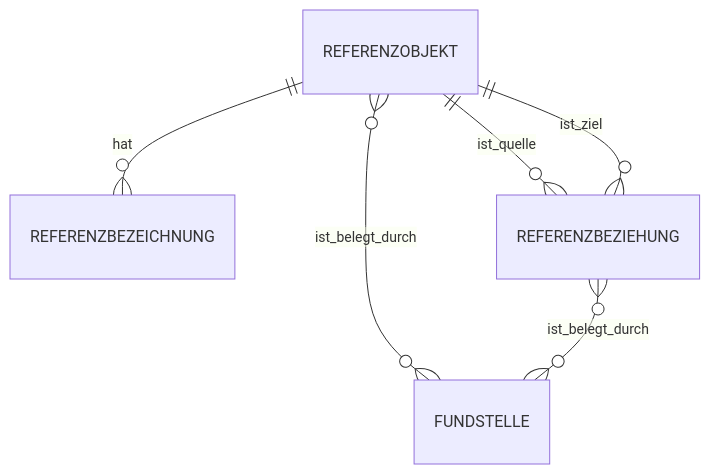
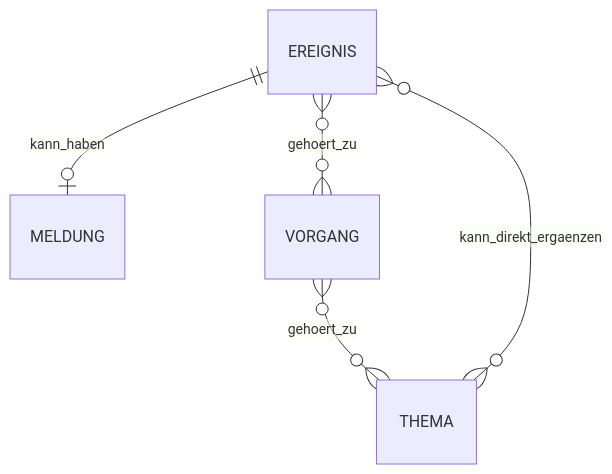
One commit to PustefixReisen/fib-echtsystem changed the first of 2 diagrams in docs/Datenmodell.md. Above: the diagram before and after it, drawn with Mermaid. The commit also changed other lines of this file, not shown here.

````diff
--- a/docs/Datenmodell.md
+++ b/docs/Datenmodell.md
@@ -749,8 +63,7 @@
 ```mermaid
 erDiagram
-    REFERENZOBJEKT ||--o{ REFERENZBEZEICHNUNG : hat
-    REFERENZOBJEKT ||--o{ REFERENZBEZIEHUNG : ist_quelle
-    REFERENZOBJEKT ||--o{ REFERENZBEZIEHUNG : ist_ziel
-    REFERENZOBJEKT }o--o{ FUNDSTELLE : ist_belegt_durch
-    REFERENZBEZIEHUNG }o--o{ FUNDSTELLE : ist_belegt_durch
+    EREIGNIS ||--o| MELDUNG : kann_haben
+    EREIGNIS }o--o{ VORGANG : gehoert_zu
+    VORGANG }o--o{ THEMA : gehoert_zu
+    EREIGNIS }o--o{ THEMA : kann_direkt_ergaenzen
 ```
````
